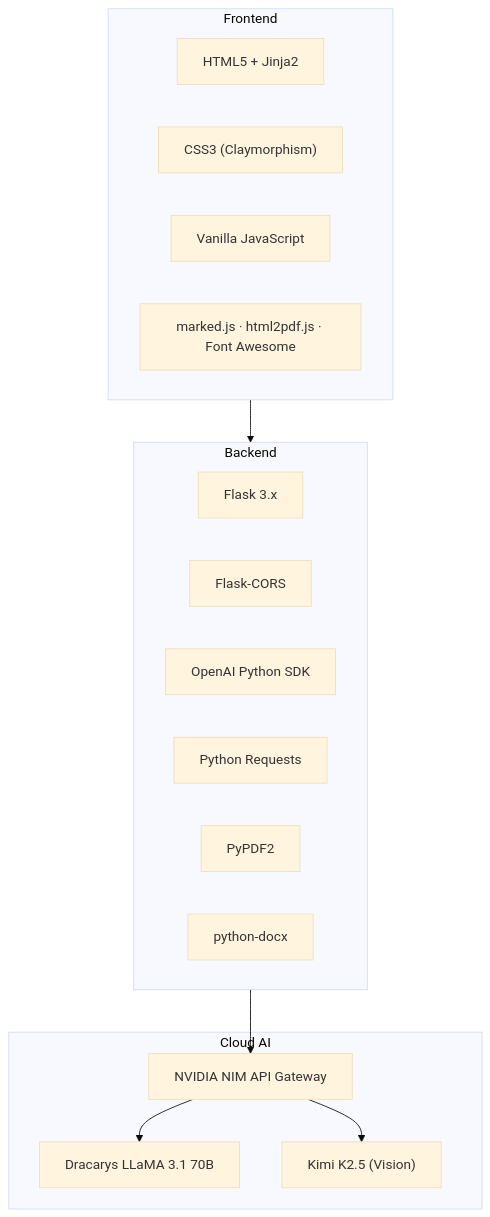
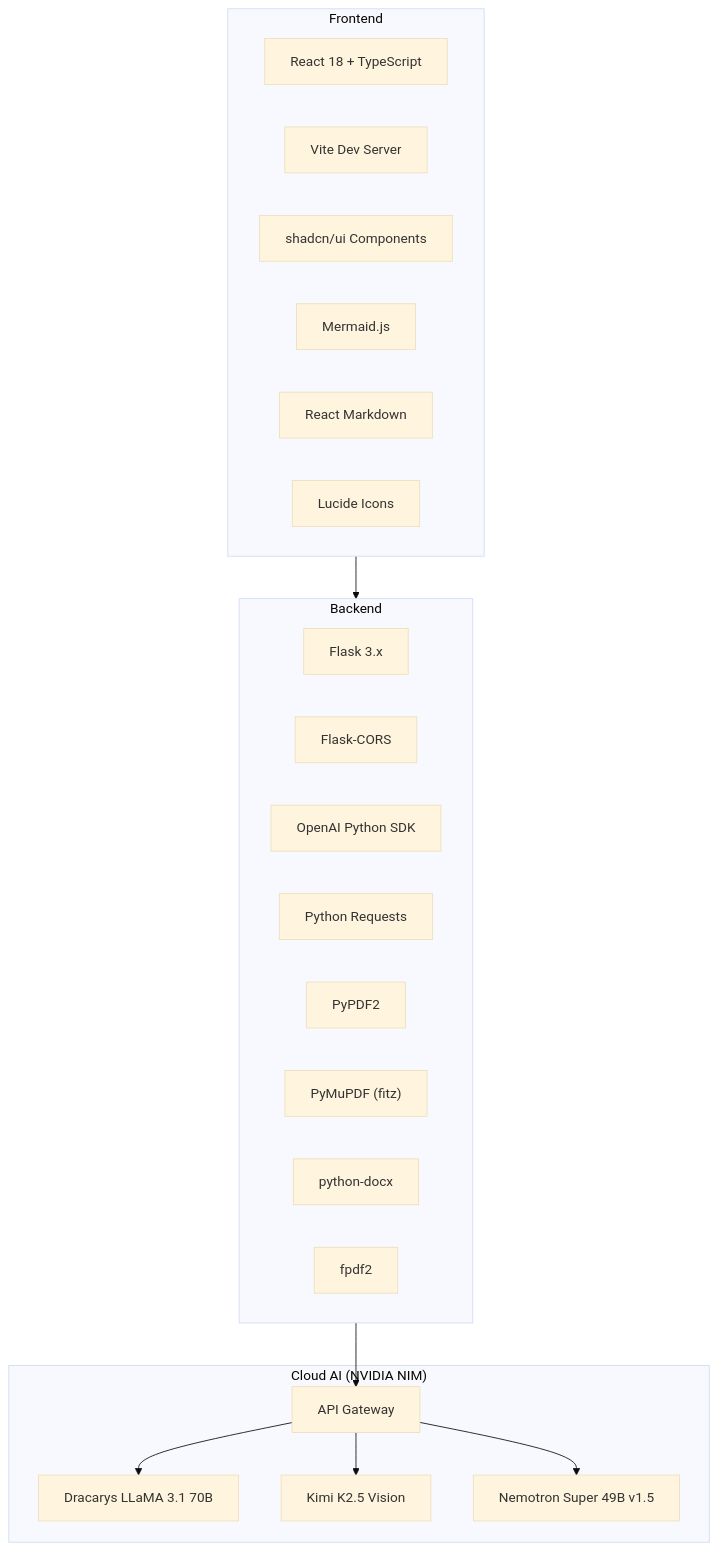
The sixth of 6 diagrams in architecture_flow.md (Abhishe6611/Text-and-Image-Summerization), drawn with Mermaid (base theme) before and after one commit. The commit also changed other lines of this file and 7 other files, not shown here.

First line of the commit message:
feat: Add tri-model architecture, 4 output modes, Neobrutalist UI overhaul

````diff
--- a/architecture_flow.md
+++ b/architecture_flow.md
@@ -306,29 +333,35 @@
 ```mermaid
 graph TB
     subgraph "Frontend"
-        HTML["HTML5 + Jinja2"]
-        CSS["CSS3 (Claymorphism)"]
-        JS["Vanilla JavaScript"]
-        Libs["marked.js · html2pdf.js · Font Awesome"]
+        React["React 18 + TypeScript"]
+        Vite["Vite Dev Server"]
+        ShadCN["shadcn/ui Components"]
+        Mermaid["Mermaid.js"]
+        RMD["React Markdown"]
+        Lucide["Lucide Icons"]
     end
 
     subgraph "Backend"
         Flask["Flask 3.x"]
         CORS["Flask-CORS"]
         OpenAI["OpenAI Python SDK"]
         Requests["Python Requests"]
         PyPDF["PyPDF2"]
+        Fitz["PyMuPDF (fitz)"]
         Docx["python-docx"]
+        FPDF["fpdf2"]
     end
 
-    subgraph "Cloud AI"
-        NIM["NVIDIA NIM API Gateway"]
+    subgraph "Cloud AI (NVIDIA NIM)"
+        NIM["API Gateway"]
         Dracarys["Dracarys LLaMA 3.1 70B"]
-        Kimi["Kimi K2.5 (Vision)"]
+        Kimi["Kimi K2.5 Vision"]
+        Nemotron["Nemotron Super 49B v1.5"]
     end
 
     Frontend --> Backend
     Backend --> NIM
     NIM --> Dracarys
     NIM --> Kimi
+    NIM --> Nemotron
 ```
````
